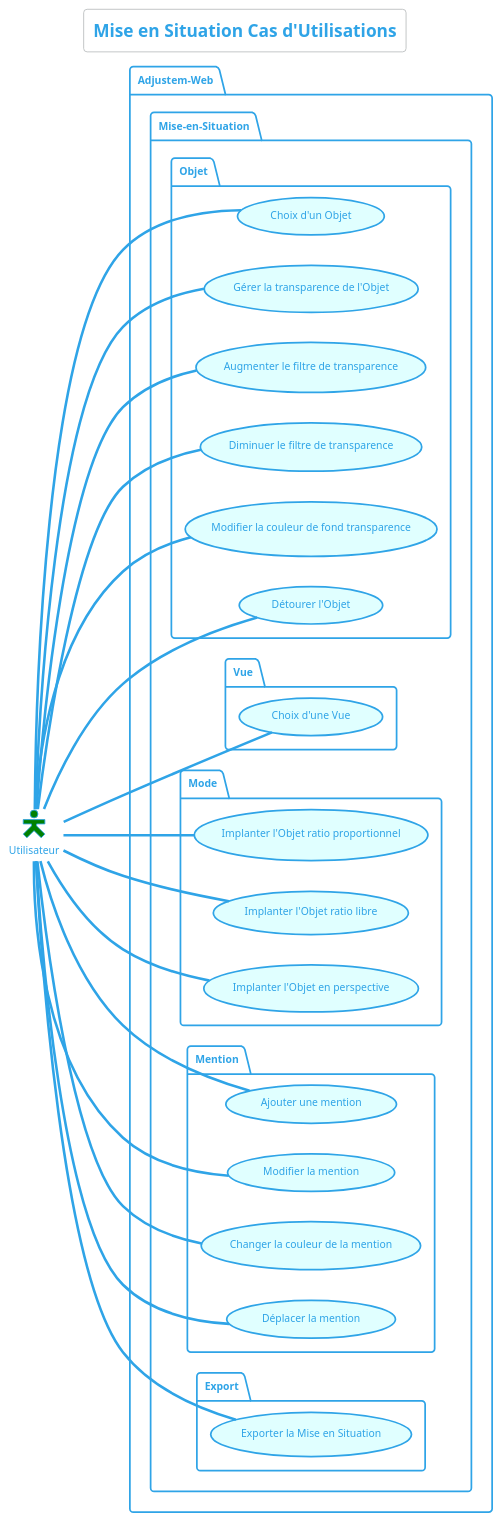
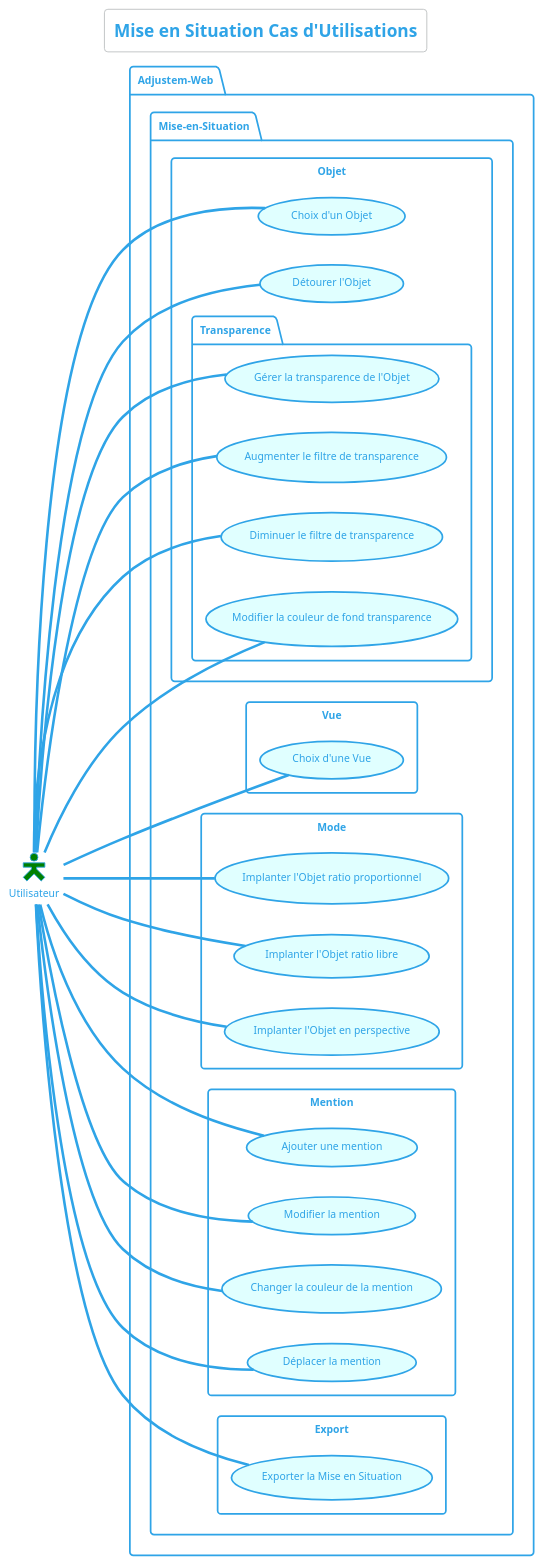
Before and after one commit to RegameyManuel/Rapport_Adjustem: the diagram in Puml/1_Cas_Utilisations_MeS.puml, drawn with PlantUML. The commit also changed 15 other files, not shown here.

```diff
--- a/Puml/1_Cas_Utilisations_MeS.puml
+++ b/Puml/1_Cas_Utilisations_MeS.puml
@@ -1,55 +1,59 @@
 @startuml Mise en Situation Cas d'Utilisations
 !theme cerulean-outline
 skinparam actorStyle hollow
 left to right direction
 title Mise en Situation Cas d'Utilisations
 
 :Utilisateur: as u #green
 
 package Adjustem-Web {
     package Mise-en-Situation {
-        package Objet {
+        rectangle Objet {
             usecase "Choix d'un Objet" as UC1 #LightCyan
-            usecase "Gérer la transparence de l'Objet" as UC2 #LightCyan
-            usecase "Augmenter le filtre de transparence" as UC3 #LightCyan
-            usecase "Diminuer le filtre de transparence" as UC4 #LightCyan
-            usecase "Modifier la couleur de fond transparence" as UC5 #LightCyan
+
+            package Transparence {
+                usecase "Gérer la transparence de l'Objet" as UC2 #LightCyan
+                usecase "Augmenter le filtre de transparence" as UC3 #LightCyan
+                usecase "Diminuer le filtre de transparence" as UC4 #LightCyan
+                usecase "Modifier la couleur de fond transparence" as UC5 #LightCyan
+            }
+
             usecase "Détourer l'Objet" as UC6 #LightCyan
         }
-        package Vue {
+        rectangle Vue {
             usecase "Choix d'une Vue" as UC7 #LightCyan
         }
-        package Mode {
+        rectangle Mode {
             usecase "Implanter l'Objet ratio proportionnel" as UC8 #LightCyan
             usecase "Implanter l'Objet ratio libre" as UC9 #LightCyan
             usecase "Implanter l'Objet en perspective" as UC10 #LightCyan
         }
-        package Mention {
+        rectangle Mention {
             usecase "Ajouter une mention" as UC11 #LightCyan
             usecase "Modifier la mention" as UC12 #LightCyan
             usecase "Changer la couleur de la mention" as UC13 #LightCyan
             usecase "Déplacer la mention" as UC14 #LightCyan
         }
-        package Export {
+        rectangle Export {
             usecase "Exporter la Mise en Situation" as UC15 #LightCyan
         }
     }
 }
 
 u --- UC1
 u --- UC2
 u --- UC3
 u --- UC4
 u --- UC5
 u --- UC6
 u --- UC7
 u --- UC8
 u --- UC9
 u --- UC10
 u --- UC11
 u --- UC12
 u --- UC13
 u --- UC14
 u --- UC15
 
 @enduml
```
